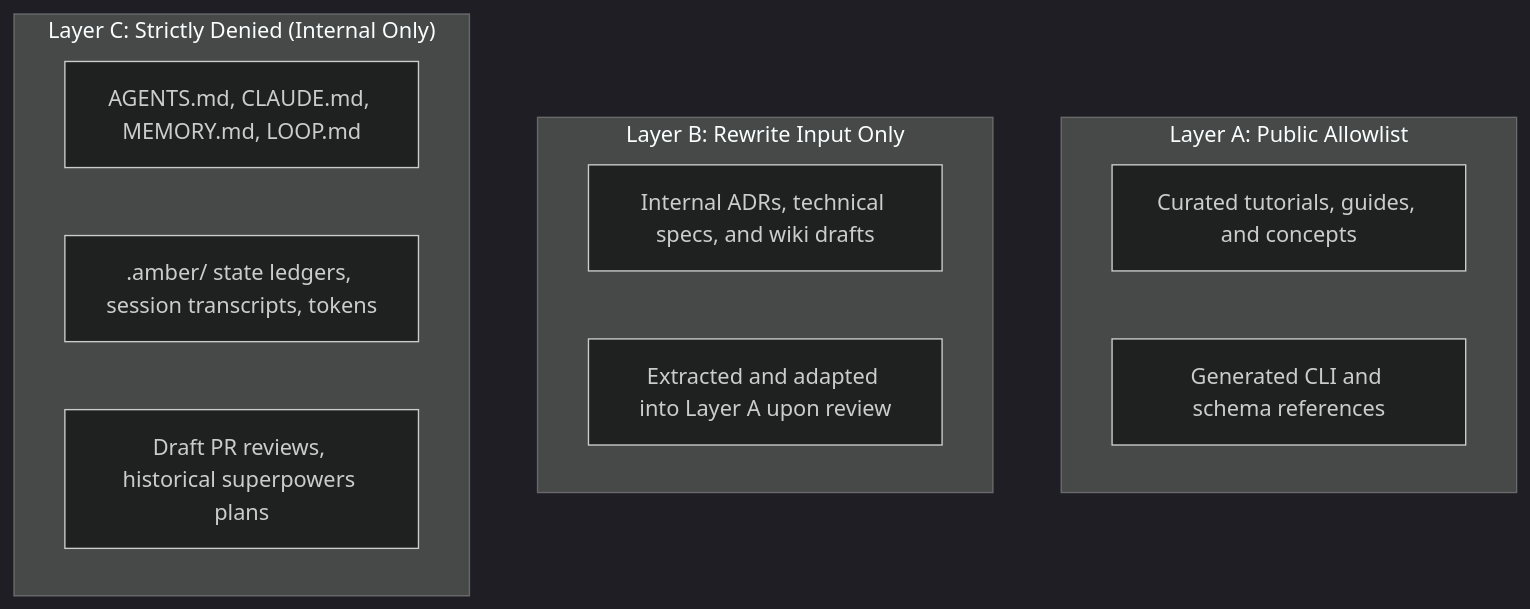
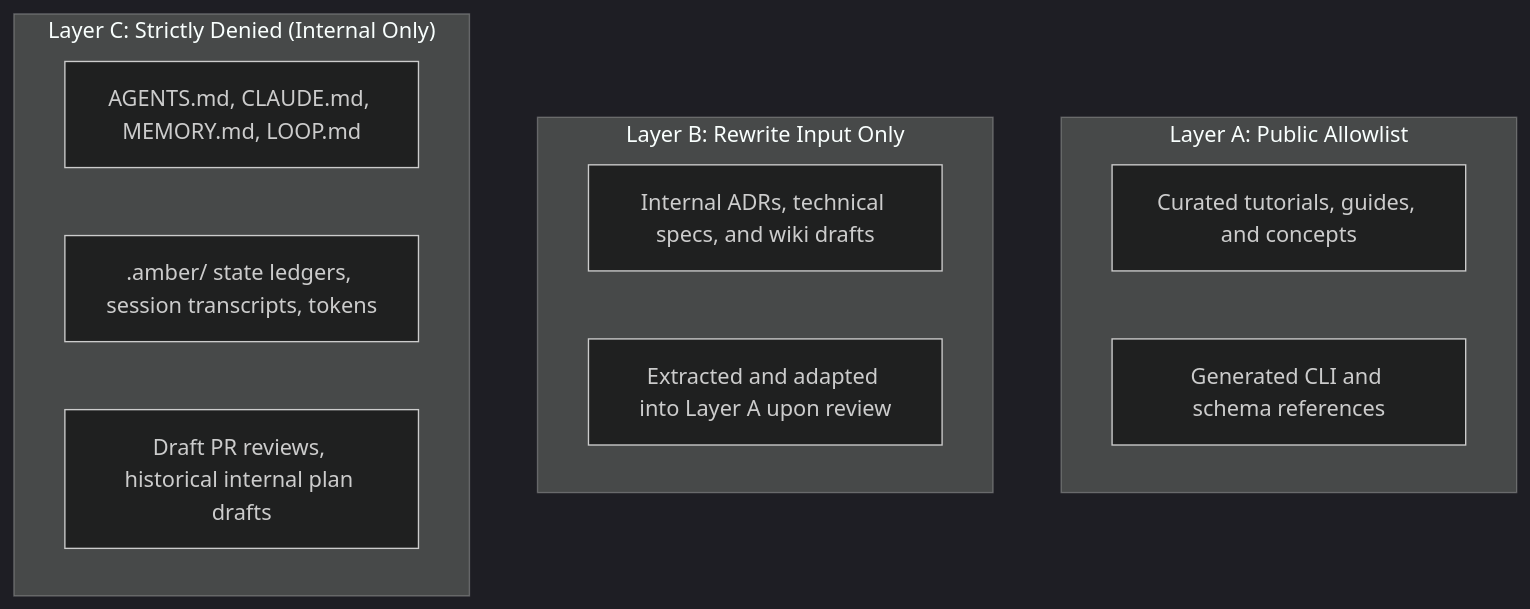
Before and after one commit to Bandersnatch0x/amber-protocol: the diagram in apps/docs/docs/about/contributing.md, drawn with Mermaid (dark theme). The commit also changed 3 other files, not shown here.

````diff
--- a/apps/docs/docs/about/contributing.md
+++ b/apps/docs/docs/about/contributing.md
@@ -21,16 +21,16 @@
 ```mermaid
 graph TD
     subgraph A["Layer A: Public Allowlist"]
         A1["Curated tutorials, guides, and concepts"]
         A2["Generated CLI and schema references"]
     end
     subgraph B["Layer B: Rewrite Input Only"]
         B1["Internal ADRs, technical specs, and wiki drafts"]
         B2["Extracted and adapted into Layer A upon review"]
     end
     subgraph C["Layer C: Strictly Denied (Internal Only)"]
         C1["AGENTS.md, CLAUDE.md, MEMORY.md, LOOP.md"]
         C2[".amber/ state ledgers, session transcripts, tokens"]
-        C3["Draft PR reviews, historical superpowers plans"]
+        C3["Draft PR reviews, historical internal plan drafts"]
     end
 ```
````
